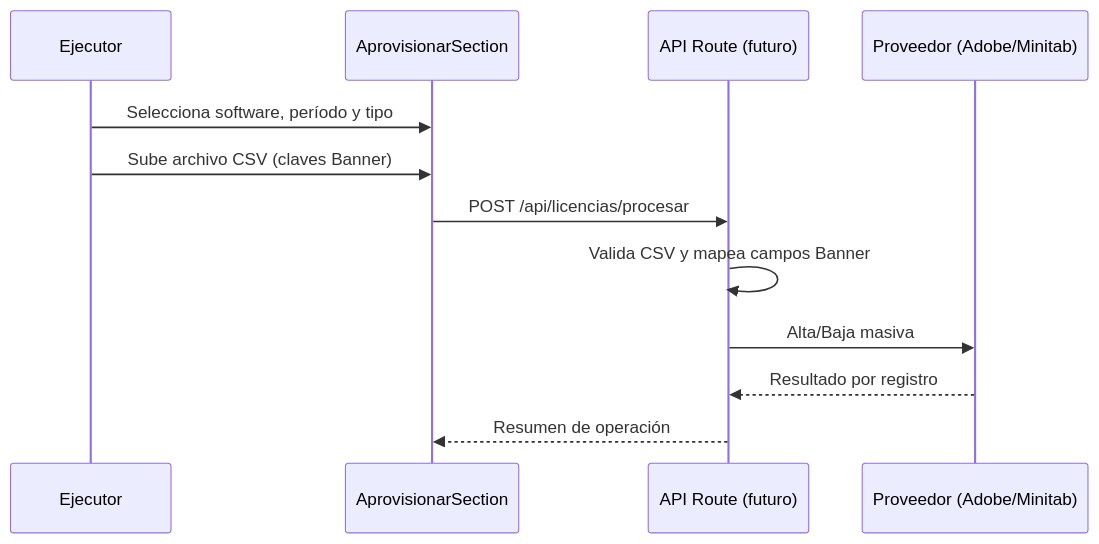
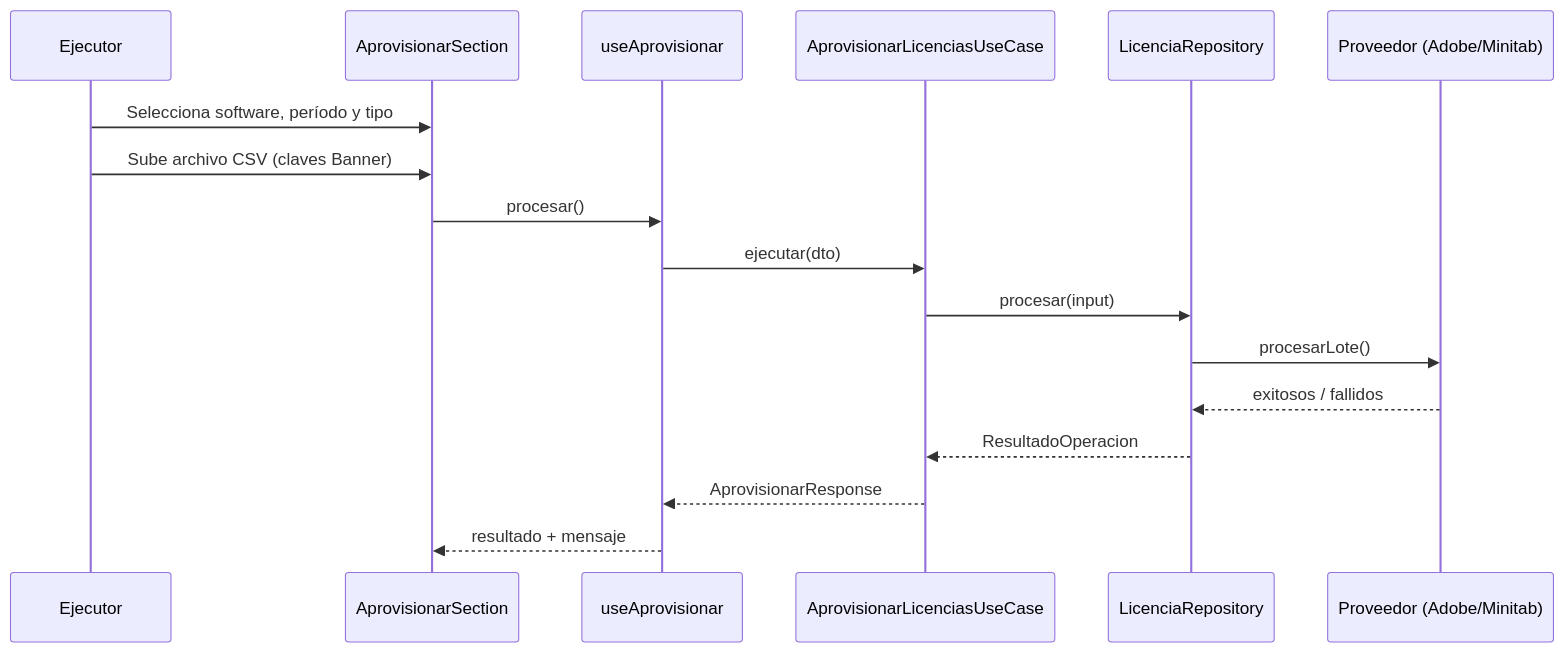
The second of 4 diagrams in docs/ARQUITECTURA.md (miguelgr716playful/AutomatizacionLicencias), drawn with Mermaid before and after one commit. The commit also changed other lines of this file and 35 other files, not shown here.

Commit message:
update architecture

````diff
--- a/docs/ARQUITECTURA.md
+++ b/docs/ARQUITECTURA.md
@@ -161,15 +195,20 @@
 ```mermaid
 sequenceDiagram
     participant U as Ejecutor
     participant UI as AprovisionarSection
-    participant API as API Route (futuro)
+    participant Hook as useAprovisionar
+    participant UC as AprovisionarLicenciasUseCase
+    participant Repo as LicenciaRepository
     participant Prov as Proveedor (Adobe/Minitab)
 
     U->>UI: Selecciona software, período y tipo
     U->>UI: Sube archivo CSV (claves Banner)
-    UI->>API: POST /api/licencias/procesar
-    API->>API: Valida CSV y mapea campos Banner
-    API->>Prov: Alta/Baja masiva
-    Prov-->>API: Resultado por registro
-    API-->>UI: Resumen de operación
+    UI->>Hook: procesar()
+    Hook->>UC: ejecutar(dto)
+    UC->>Repo: procesar(input)
+    Repo->>Prov: procesarLote()
+    Prov-->>Repo: exitosos / fallidos
+    Repo-->>UC: ResultadoOperacion
+    UC-->>Hook: AprovisionarResponse
+    Hook-->>UI: resultado + mensaje
 ```
````
